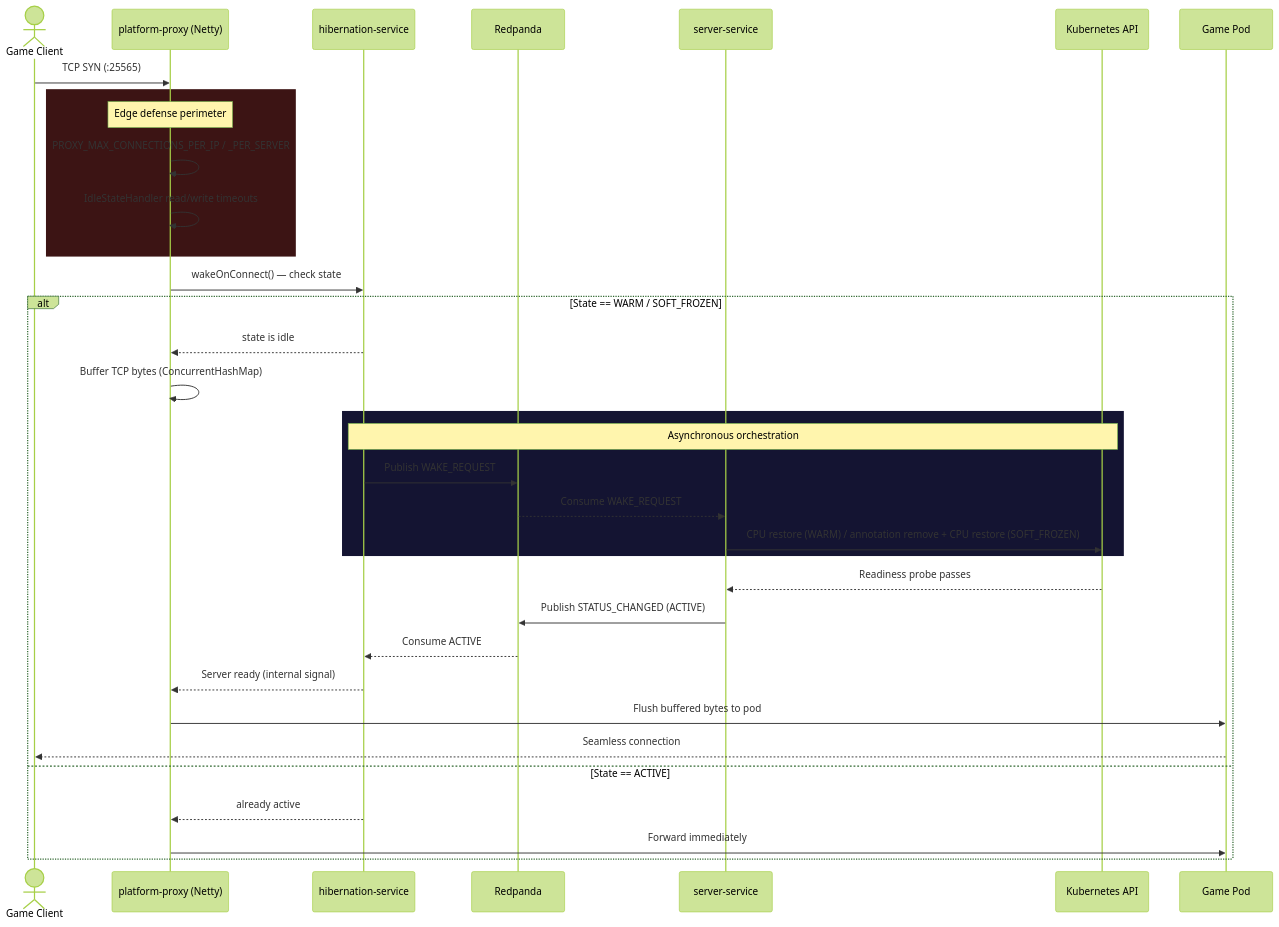
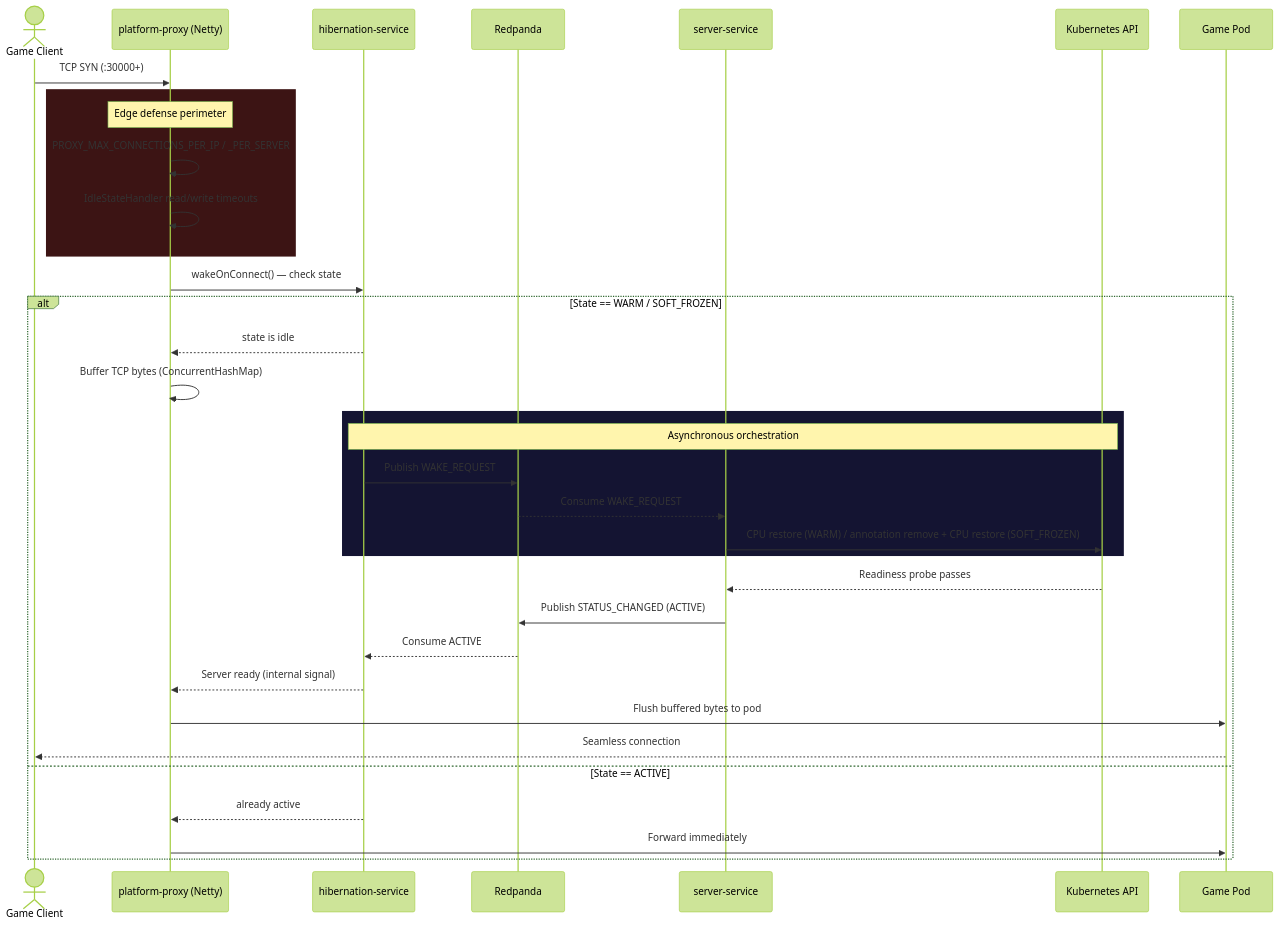
One commit to WhitehatD/MetricHost changed the second of 6 diagrams in README.md. Above: the diagram before and after it, drawn with Mermaid (forest theme). The commit also changed other lines of this file and 3 other files, not shown here.

````diff
--- a/README.md
+++ b/README.md
@@ -197,43 +197,43 @@
 ```mermaid
 sequenceDiagram
     actor Player as Game Client
     participant Proxy as platform-proxy (Netty)
     participant Hiber as hibernation-service
     participant Kafka as Redpanda
     participant Srv as server-service
     participant K8s as Kubernetes API
     participant PODS as Game Pod
 
-    Player->>Proxy: TCP SYN (:25565)
+    Player->>Proxy: TCP SYN (:30000+)
 
     rect rgb(60, 20, 20)
         Note over Proxy: Edge defense perimeter
         Proxy->>Proxy: PROXY_MAX_CONNECTIONS_PER_IP / _PER_SERVER
         Proxy->>Proxy: IdleStateHandler read/write timeouts
     end
 
     Proxy->>Hiber: wakeOnConnect() — check state
 
     alt State == WARM / SOFT_FROZEN
         Hiber-->>Proxy: state is idle
         Proxy->>Proxy: Buffer TCP bytes (ConcurrentHashMap)
 
         rect rgb(20, 20, 50)
             Note over Hiber,K8s: Asynchronous orchestration
             Hiber->>Kafka: Publish WAKE_REQUEST
             Kafka-->>Srv: Consume WAKE_REQUEST
             Srv->>K8s: CPU restore (WARM) / annotation remove + CPU restore (SOFT_FROZEN)
         end
 
         K8s-->>Srv: Readiness probe passes
         Srv->>Kafka: Publish STATUS_CHANGED (ACTIVE)
         Kafka-->>Hiber: Consume ACTIVE
         Hiber-->>Proxy: Server ready (internal signal)
         Proxy->>PODS: Flush buffered bytes to pod
         PODS-->>Player: Seamless connection
 
     else State == ACTIVE
         Hiber-->>Proxy: already active
         Proxy->>PODS: Forward immediately
     end
 ```
````
